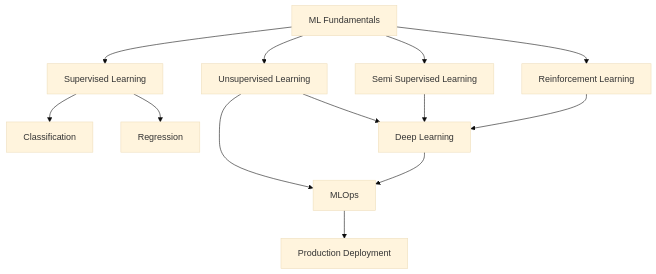
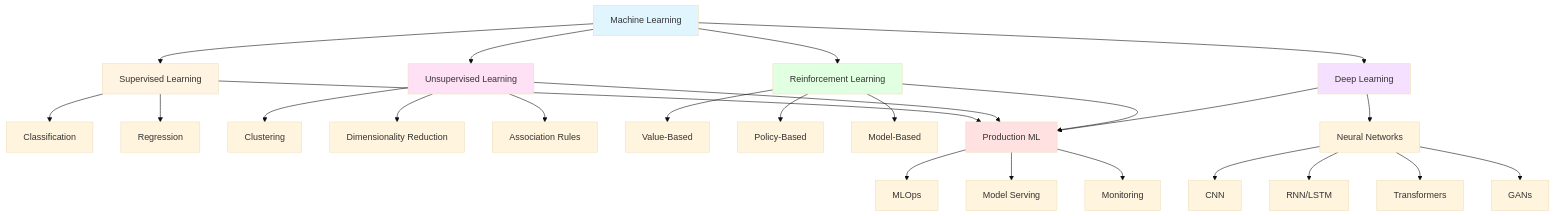
The first of 3 diagrams in docs/ml/index.md (nvgr-GenAI/my-learning), drawn with Mermaid (base theme) before and after one commit. The commit also changed other lines of this file and 4 other files, not shown here.

````diff
--- a/docs/ml/index.md
+++ b/docs/ml/index.md
@@ -7,15 +24,40 @@
-```mermaid
-graph TB
-    A[ML Fundamentals] --> B[Supervised Learning]
-    A --> C[Unsupervised Learning]
-    A --> D[Semi Supervised Learning]
-    A --> E[Reinforcement Learning]
-    B --> F[Classification]
-    B --> G[Regression]
-    C --> H[Clustering]
-    C --> I[Dimensionality Reduction]
-    D --> H[Deep Learning]
-    E --> H
-    H --> I[MLOps]
-    I --> J[Production Deployment]
-```
+    ```mermaid
+    graph TB
+        A[Machine Learning] --> B[Supervised Learning]
+        A --> C[Unsupervised Learning]
+        A --> D[Reinforcement Learning]
+        A --> E[Deep Learning]
+
+        B --> B1[Classification]
+        B --> B2[Regression]
+
+        C --> C1[Clustering]
+        C --> C2[Dimensionality Reduction]
+        C --> C3[Association Rules]
+
+        D --> D1[Value-Based]
+        D --> D2[Policy-Based]
+        D --> D3[Model-Based]
+
+        E --> E1[Neural Networks]
+        E1 --> E2[CNN]
+        E1 --> E3[RNN/LSTM]
+        E1 --> E4[Transformers]
+        E1 --> E5[GANs]
+
+        B --> F[Production ML]
+        C --> F
+        D --> F
+        E --> F
+
+        F --> F1[MLOps]
+        F --> F2[Model Serving]
+        F --> F3[Monitoring]
+
+        style A fill:#e1f5ff
+        style B fill:#fff4e1
+        style C fill:#ffe1f5
+        style D fill:#e1ffe1
+        style E fill:#f5e1ff
+        style F fill:#ffe1e1
+    ```
````
